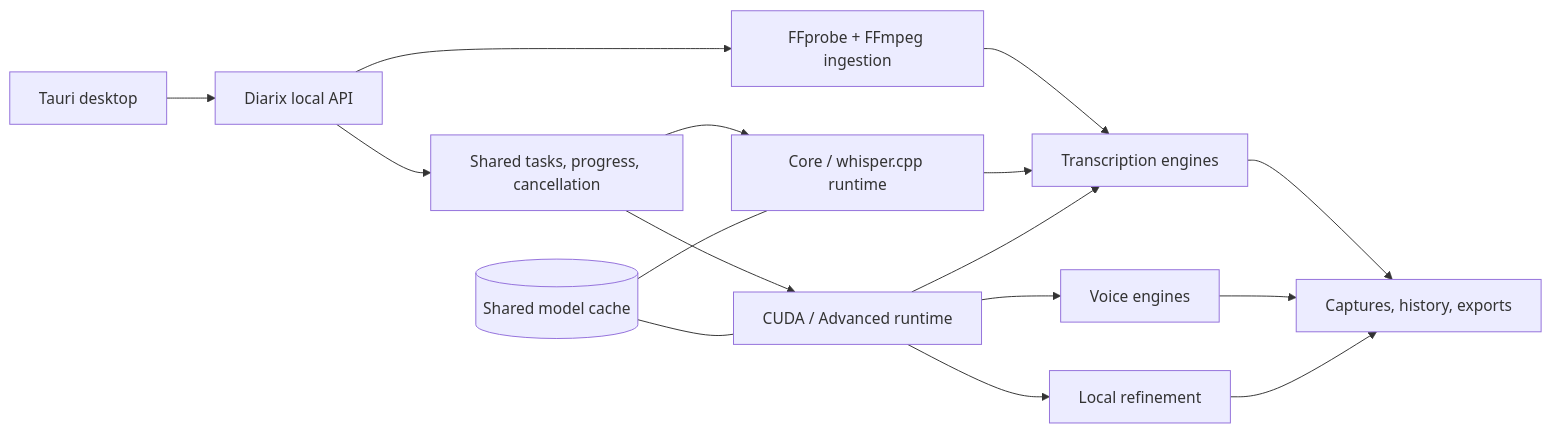
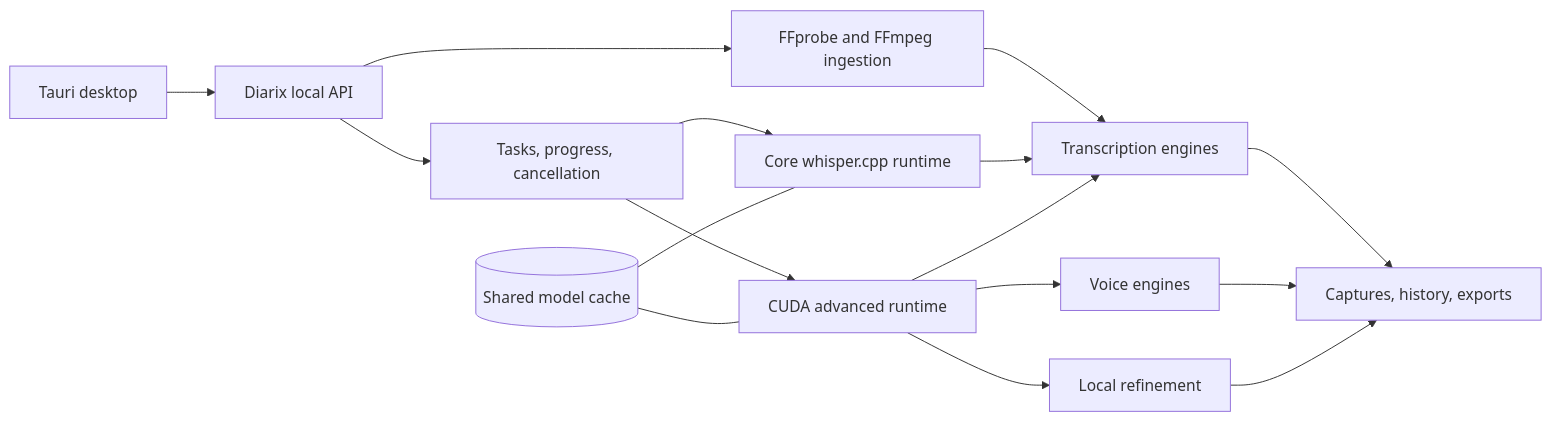
The second of 2 diagrams in README.md (Yannam-Builds/Diarix), drawn with Mermaid before and after one commit. The commit also changed other lines of this file and 5 other files, not shown here.

````diff
--- a/README.md
+++ b/README.md
@@ -98,18 +115,18 @@
 ```mermaid
 flowchart LR
     UI["Tauri desktop"] --> API["Diarix local API"]
-    API --> TASKS["Shared tasks, progress, cancellation"]
-    API --> MEDIA["FFprobe + FFmpeg ingestion"]
-    TASKS --> CORE["Core / whisper.cpp runtime"]
-    TASKS --> CUDA["CUDA / Advanced runtime"]
+    API --> TASKS["Tasks, progress, cancellation"]
+    API --> MEDIA["FFprobe and FFmpeg ingestion"]
+    TASKS --> CORE["Core whisper.cpp runtime"]
+    TASKS --> CUDA["CUDA advanced runtime"]
     MEDIA --> STT["Transcription engines"]
     CORE --> STT
     CUDA --> STT
     CUDA --> TTS["Voice engines"]
     CUDA --> LLM["Local refinement"]
     STT --> HISTORY["Captures, history, exports"]
     TTS --> HISTORY
     LLM --> HISTORY
     CACHE[("Shared model cache")] --- CORE
     CACHE --- CUDA
 ```
````
